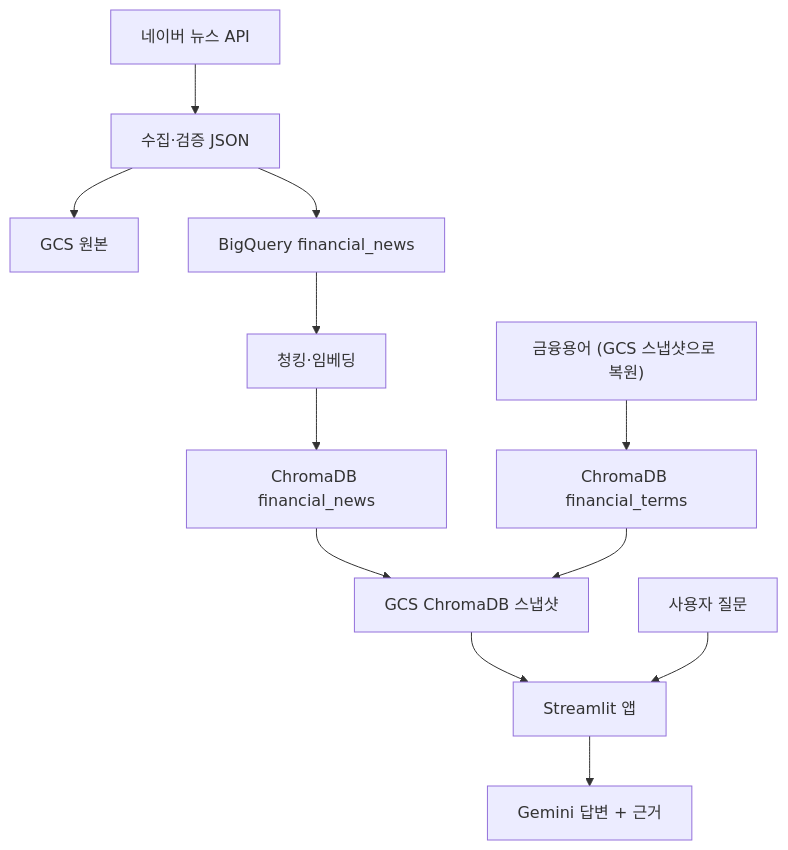
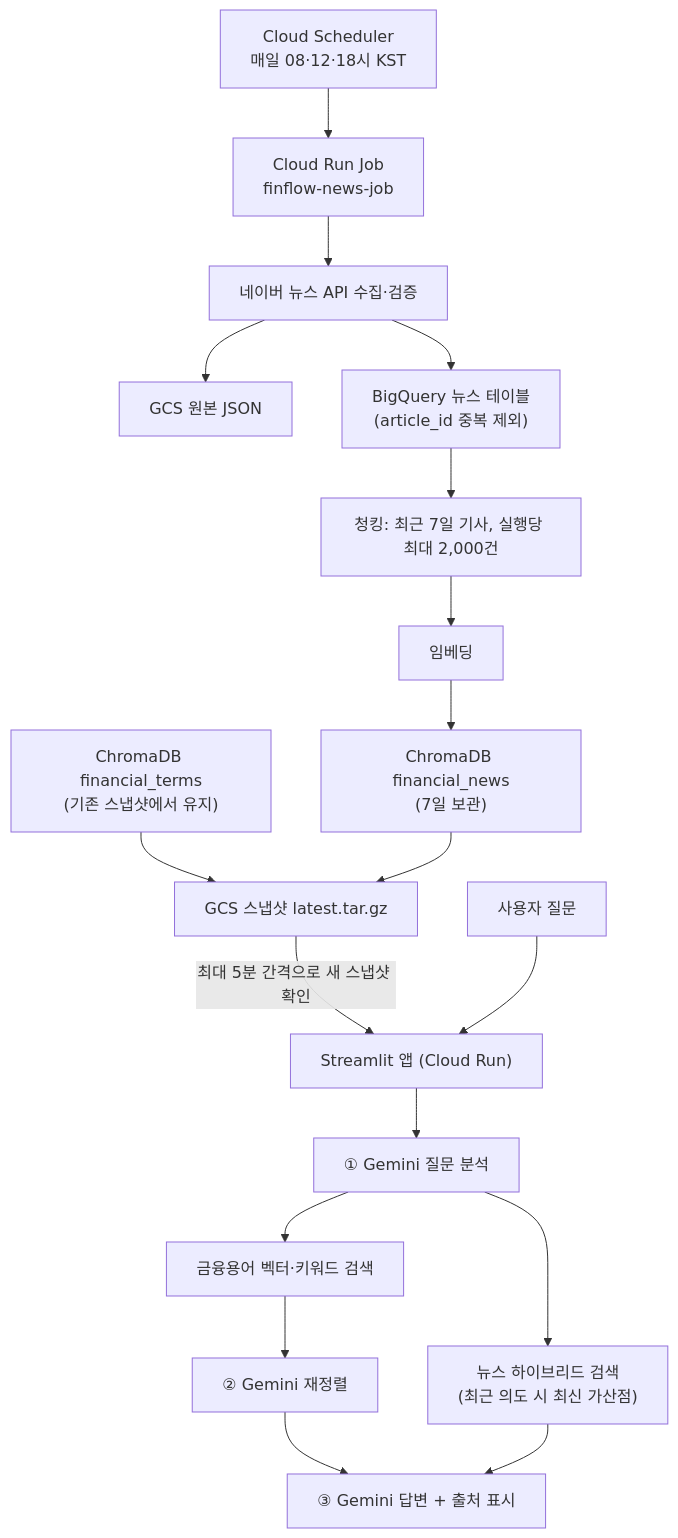
Before and after one commit to gawounnx/Data-Engineering-2026: the diagram in README.md, drawn with Mermaid. The commit also changed other lines of this file and 5 other files, not shown here.

````diff
--- a/README.md
+++ b/README.md
@@ -64,14 +32,20 @@
 ```mermaid
 flowchart TD
-    N["네이버 뉴스 API"] --> R["수집·검증 JSON"]
-    R --> G["GCS 원본"]
-    R --> B["BigQuery financial_news"]
-    B --> K["청킹·임베딩"]
-    K --> C["ChromaDB financial_news"]
-    T["금융용어 (GCS 스냅샷으로 복원)"] --> C2["ChromaDB financial_terms"]
-    C --> S["GCS ChromaDB 스냅샷"]
-    C2 --> S
-    S --> A["Streamlit 앱"]
-    Q["사용자 질문"] --> A
-    A --> L["Gemini 답변 + 근거"]
+    SCH["Cloud Scheduler<br/>매일 08·12·18시 KST"] --> JOB["Cloud Run Job<br/>finflow-news-job"]
+    JOB --> N["네이버 뉴스 API 수집·검증"]
+    N --> G["GCS 원본 JSON"]
+    N --> B["BigQuery 뉴스 테이블<br/>(article_id 중복 제외)"]
+    B --> K["청킹: 최근 7일 기사, 실행당 최대 2,000건"]
+    K --> E["임베딩"]
+    E --> CN["ChromaDB financial_news<br/>(7일 보관)"]
+    T["ChromaDB financial_terms<br/>(기존 스냅샷에서 유지)"] --> S
+    CN --> S["GCS 스냅샷 latest.tar.gz"]
+    S -->|최대 5분 간격으로 새 스냅샷 확인| APP["Streamlit 앱 (Cloud Run)"]
+    Q["사용자 질문"] --> APP
+    APP --> QA["① Gemini 질문 분석"]
+    QA --> TS["금융용어 벡터·키워드 검색"]
+    TS --> RR["② Gemini 재정렬"]
+    QA --> NS["뉴스 하이브리드 검색<br/>(최근 의도 시 최신 가산점)"]
+    RR --> ANS["③ Gemini 답변 + 출처 표시"]
+    NS --> ANS
 ```
````
